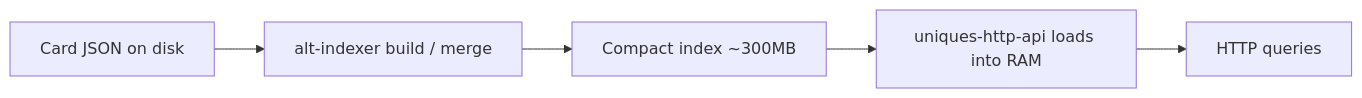
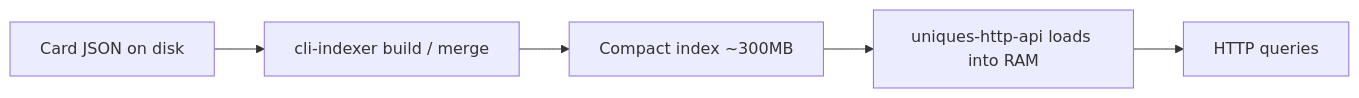
The diagram in docs/architecture.md (Taum/rust-cards-api), drawn with Mermaid before and after one commit. The commit also changed other lines of this file and 75 other files, not shown here.

Commit message:
rename alt-indexer => cli-indexer + extract common modules to index-core folder

````diff
--- a/docs/architecture.md
+++ b/docs/architecture.md
@@ -38,7 +38,7 @@
 ```mermaid
 flowchart LR
-  JSON["Card JSON on disk"] --> Build["alt-indexer build / merge"]
+  JSON["Card JSON on disk"] --> Build["cli-indexer build / merge"]
   Build --> Index["Compact index ~300MB"]
   Index --> Load["uniques-http-api loads into RAM"]
   Load --> API["HTTP queries"]
 ```
````
